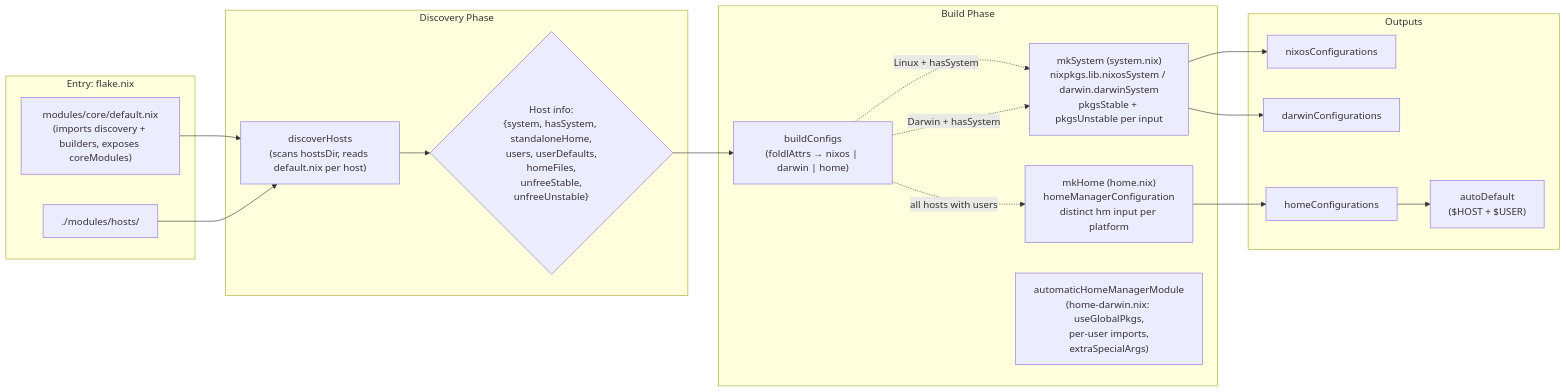
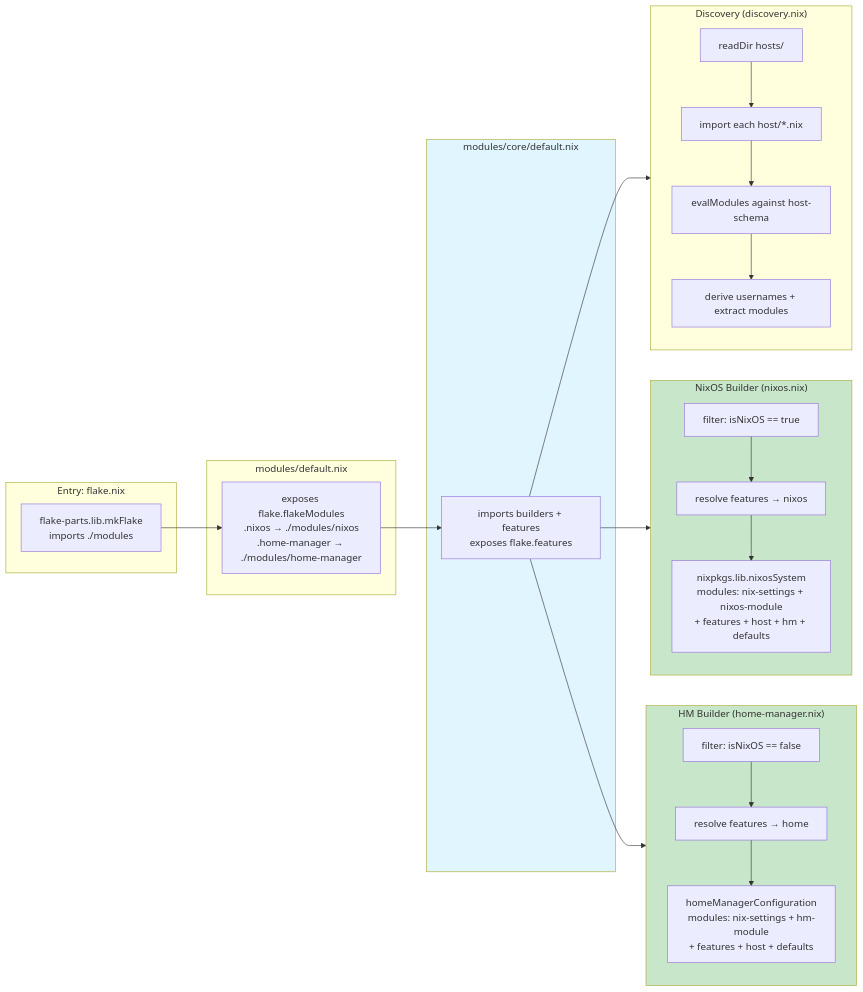
One commit to WombatFromHell/automatic-palm-tree changed the second of 8 diagrams in DESIGN.md. Above: the diagram before and after it, drawn with Mermaid. The commit also changed other lines of this file and 1 other file, not shown here.

````diff
--- a/DESIGN.md
+++ b/DESIGN.md
@@ -67,42 +81,49 @@
 ```mermaid
 flowchart LR
     subgraph E ["Entry: flake.nix"]
-        core["modules/core/default.nix\n(imports discovery + builders, exposes coreModules)"]
-        hostsDir["./modules/hosts/"]
+        fp["flake-parts.lib.mkFlake\nimports ./modules"]
     end
 
-    subgraph D ["Discovery Phase"]
-        disc["discoverHosts\n(scans hostsDir, reads default.nix per host)"]
-        hInfo{"Host info:\n{system, hasSystem, standaloneHome,\n users, userDefaults, homeFiles,\n unfreeStable, unfreeUnstable}"}
+    subgraph M ["modules/default.nix"]
+        fm["exposes flake.flakeModules\n.nixos → ./modules/nixos\n.home-manager → ./modules/home-manager"]
     end
 
-    subgraph B ["Build Phase"]
-        buildConfigs["buildConfigs\n(foldlAttrs → nixos | darwin | home)"]
-        mkSystem["mkSystem (system.nix)\nnixpkgs.lib.nixosSystem / darwin.darwinSystem\npkgsStable + pkgsUnstable per input"]
-        mkHome["mkHome (home.nix)\nhomeManagerConfiguration\ndistinct hm input per platform"]
-        autoHM["automaticHomeManagerModule\n(home-darwin.nix: useGlobalPkgs,\n per-user imports, extraSpecialArgs)"]
+    subgraph C ["modules/core/default.nix"]
+        cCore["imports builders + features\nexposes flake.features"]
     end
 
-    subgraph O ["Outputs"]
-        nixosOut["nixosConfigurations"]
-        darwinOut["darwinConfigurations"]
-        homeOut["homeConfigurations"]
-        autoDef["autoDefault\n($HOST + $USER)"]
+    subgraph D ["Discovery (discovery.nix)"]
+        scan["readDir hosts/"]
+        importHost["import each host/*.nix"]
+        validate["evalModules against host-schema"]
+        enrich["derive usernames + extract modules"]
     end
 
-    core --> disc
-    hostsDir --> disc
+    subgraph N ["NixOS Builder (nixos.nix)"]
+        filter["filter: isNixOS == true"]
+        resolveN["resolve features → nixos"]
+        buildN["nixpkgs.lib.nixosSystem\nmodules: nix-settings + nixos-module\n+ features + host + hm + defaults"]
+    end
 
-    disc --> hInfo
-    hInfo --> buildConfigs
+    subgraph H ["HM Builder (home-manager.nix)"]
+        filterH["filter: isNixOS == false"]
+        resolveH["resolve features → home"]
+        buildH["homeManagerConfiguration\nmodules: nix-settings + hm-module\n+ features + host + defaults"]
+    end
 
-    buildConfigs -.->|Linux + hasSystem| mkSystem
-    buildConfigs -.->|Darwin + hasSystem| mkSystem
-    buildConfigs -.->|all hosts with users| mkHome
+    fp --> fm
+    fm --> cCore
 
-    mkSystem --> nixosOut
-    mkSystem --> darwinOut
-    mkHome --> homeOut
+    cCore --> D
+    cCore --> N
+    cCore --> H
 
-    homeOut --> autoDef
+    scan --> importHost --> validate --> enrich
+
+    filter --> resolveN --> buildN
+    filterH --> resolveH --> buildH
+
+    style C fill:#e1f5fe
+    style N fill:#c8e6c9
+    style H fill:#c8e6c9
 ```
````
